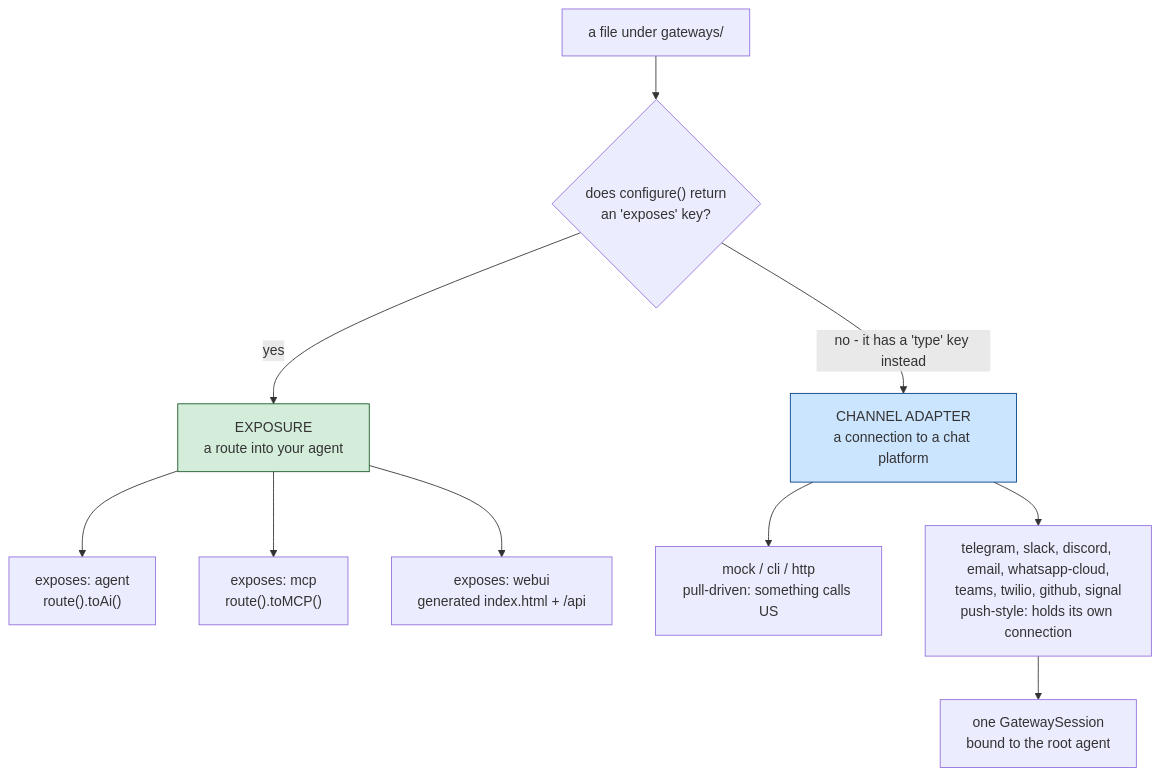
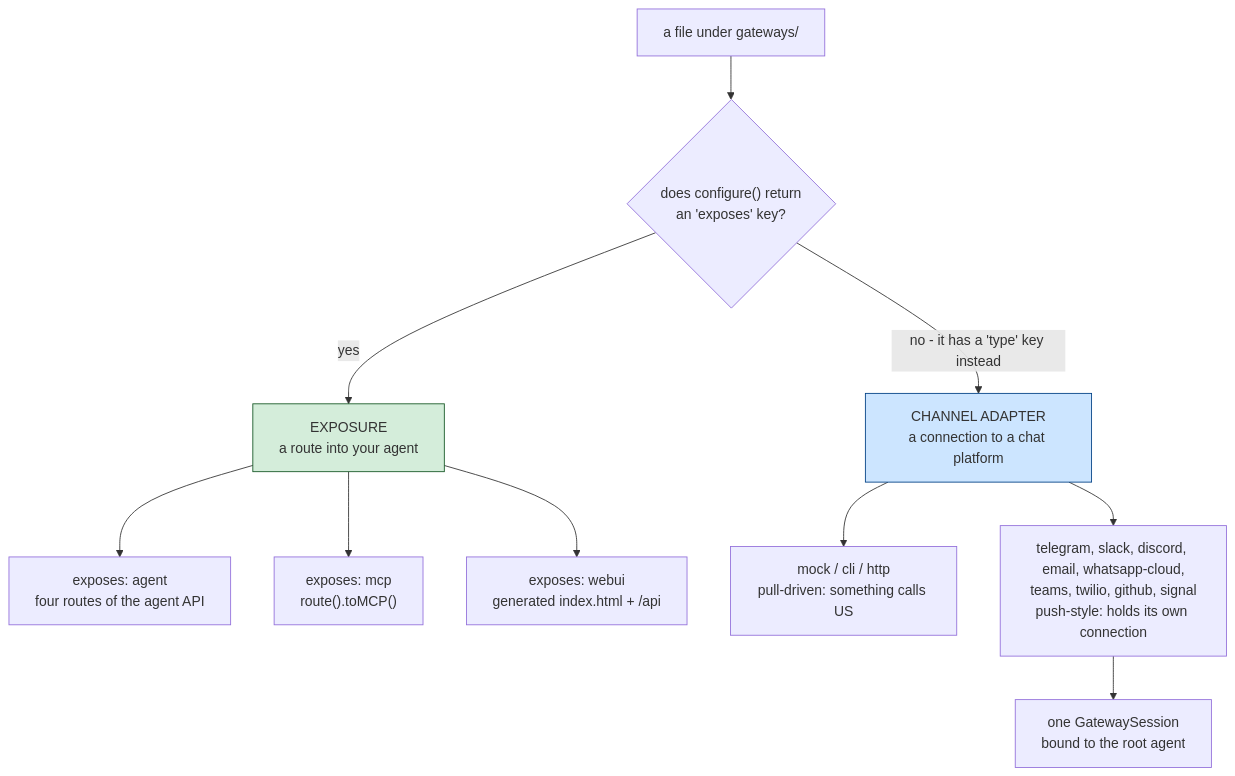
One commit to ortus-boxlang/bx-agents changed the first of 2 diagrams in docs/conventions/gateways/index.md. Above: the diagram before and after it, drawn with Mermaid. The commit also changed other lines of this file and 26 other files, not shown here.

First line of the commit message:
Agent API: access switch, route middleware gate, own turn routes, startup warning

````diff
--- a/docs/conventions/gateways/index.md
+++ b/docs/conventions/gateways/index.md
@@ -16,15 +16,15 @@
 ```mermaid
 flowchart TD
     F["a file under gateways/"] --> Q{"does configure() return<br/>an 'exposes' key?"}
     Q -->|"yes"| E["EXPOSURE<br/>a route into your agent"]
     Q -->|"no - it has a 'type' key instead"| C["CHANNEL ADAPTER<br/>a connection to a chat platform"]
-    E --> E1["exposes: agent<br/>route().toAi()"]
+    E --> E1["exposes: agent<br/>four routes of the agent API"]
     E --> E2["exposes: mcp<br/>route().toMCP()"]
     E --> E3["exposes: webui<br/>generated index.html + /api"]
     C --> C1["mock / cli / http<br/>pull-driven: something calls US"]
     C --> C2["telegram, slack, discord, email, whatsapp-cloud,<br/>teams, twilio, github, signal<br/>push-style: holds its own connection"]
     C2 --> S["one GatewaySession<br/>bound to the root agent"]
 
     style E fill:#d4edda,stroke:#155724
     style C fill:#cce5ff,stroke:#004085
 ```
````
